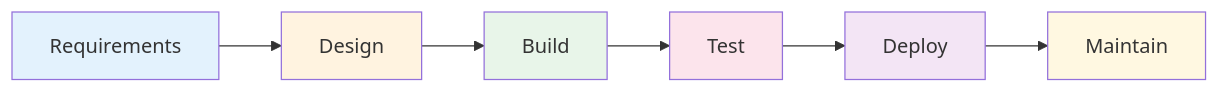
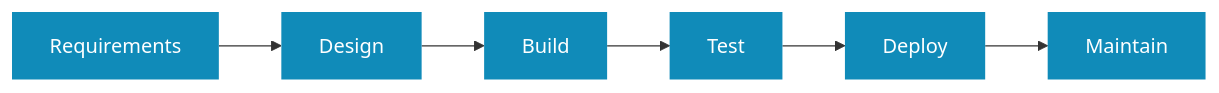
The first of 3 diagrams in _pages/methodologies/waterfall-vs-agile.md (kevinmcaleer/kevstemplates.com), drawn with Mermaid before and after one commit. The commit also changed other lines of this file and 72 other files, not shown here.

```diff
--- a/_pages/methodologies/waterfall-vs-agile.md
+++ b/_pages/methodologies/waterfall-vs-agile.md
@@ -38,15 +38,11 @@
 <div class="mermaid">
 flowchart LR
     REQ[Requirements] --> DES[Design]
     DES --> BLD[Build]
     BLD --> TST[Test]
     TST --> DEP[Deploy]
     DEP --> MNT[Maintain]
 
-    style REQ fill:#e3f2fd
-    style DES fill:#fff3e0
-    style BLD fill:#e8f5e9
-    style TST fill:#fce4ec
-    style DEP fill:#f3e5f5
-    style MNT fill:#fff8e1
+    classDef blue fill:#108BB9,stroke:none,color:#fff
+    class REQ,DES,BLD,TST,DEP,MNT blue
 </div>
```
